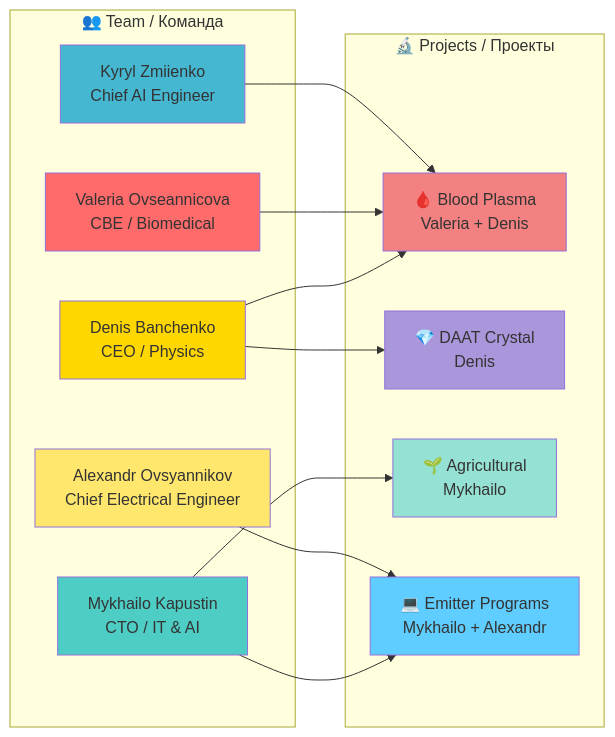
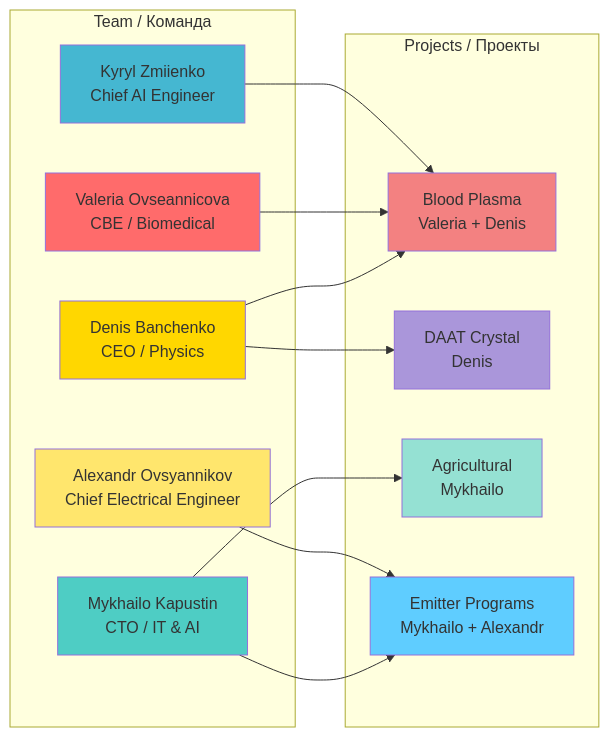
The second of 4 diagrams in ADVANCED_SCIENTIFIC_RESEARCH_PROJECTS/Hyperbolic_Field_BloodPlasma_Study/ISSUE_2_UPDATED.md (AdvancedScientificResearchProjects/Hyperbolic_Field_BloodPlasma_Study), drawn with Mermaid before and after one commit. The commit also changed other lines of this file and 46 other files, not shown here.

````diff
--- a/ADVANCED_SCIENTIFIC_RESEARCH_PROJECTS/Hyperbolic_Field_BloodPlasma_Study/ISSUE_2_UPDATED.md
+++ b/ADVANCED_SCIENTIFIC_RESEARCH_PROJECTS/Hyperbolic_Field_BloodPlasma_Study/ISSUE_2_UPDATED.md
@@ -69,35 +69,35 @@
 ```mermaid
 flowchart LR
-    subgraph Team[👥 Team / Команда]
+    subgraph Team[ Team / Команда]
         D[Denis Banchenko<br/>CEO / Physics]
         V[Valeria Ovseannicova<br/>CBE / Biomedical]
         M[Mykhailo Kapustin<br/>CTO / IT & AI]
         K[Kyryl Zmiienko<br/>Chief AI Engineer]
         A[Alexandr Ovsyannikov<br/>Chief Electrical Engineer]
     end
     
-    subgraph Projects[🔬 Projects / Проекты]
-        P1[🩸 Blood Plasma<br/>Valeria + Denis]
-        P2[💎 DAAT Crystal<br/>Denis]
-        P3[🌱 Agricultural<br/>Mykhailo]
-        P4[💻 Emitter Programs<br/>Mykhailo + Alexandr]
+    subgraph Projects[ Projects / Проекты]
+        P1[ Blood Plasma<br/>Valeria + Denis]
+        P2[ DAAT Crystal<br/>Denis]
+        P3[ Agricultural<br/>Mykhailo]
+        P4[ Emitter Programs<br/>Mykhailo + Alexandr]
     end
     
     D --> P1
     D --> P2
     V --> P1
     M --> P3
     M --> P4
     K --> P1
     A --> P4
     
     style D fill:#ffd700
     style V fill:#ff6b6b
     style M fill:#4ecdc4
     style K fill:#45b7d1
     style A fill:#ffe66d
     style P1 fill:#f38181
     style P2 fill:#aa96da
     style P3 fill:#95e1d3
     style P4 fill:#5fcdff
 ```
````
